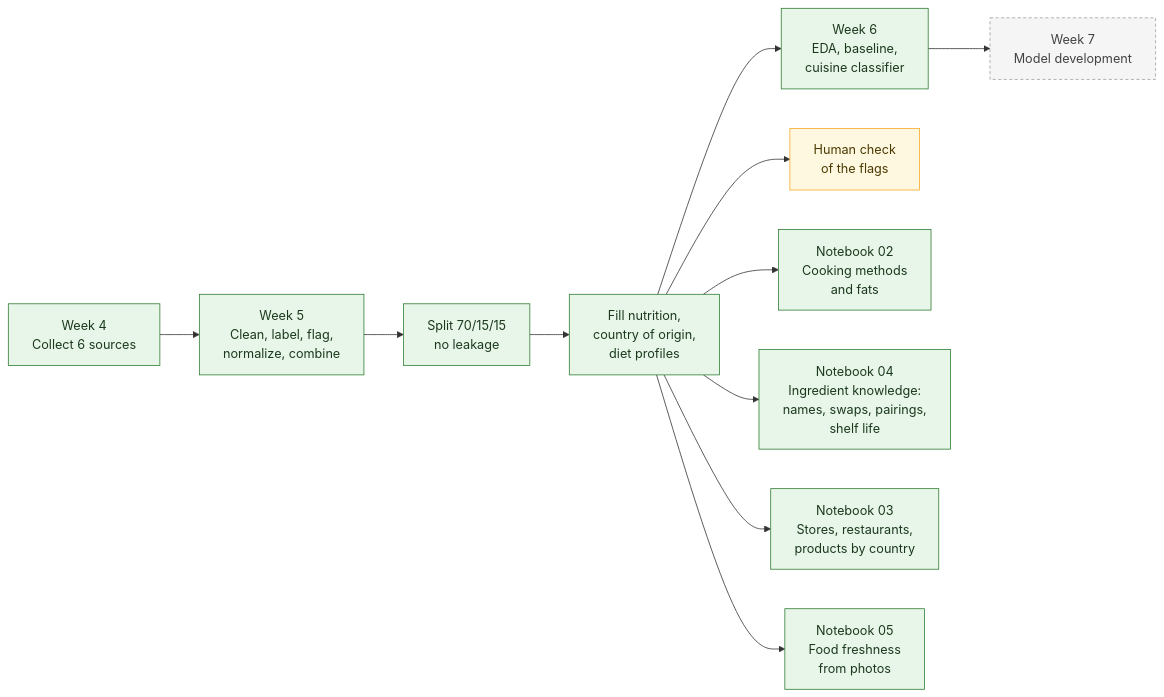
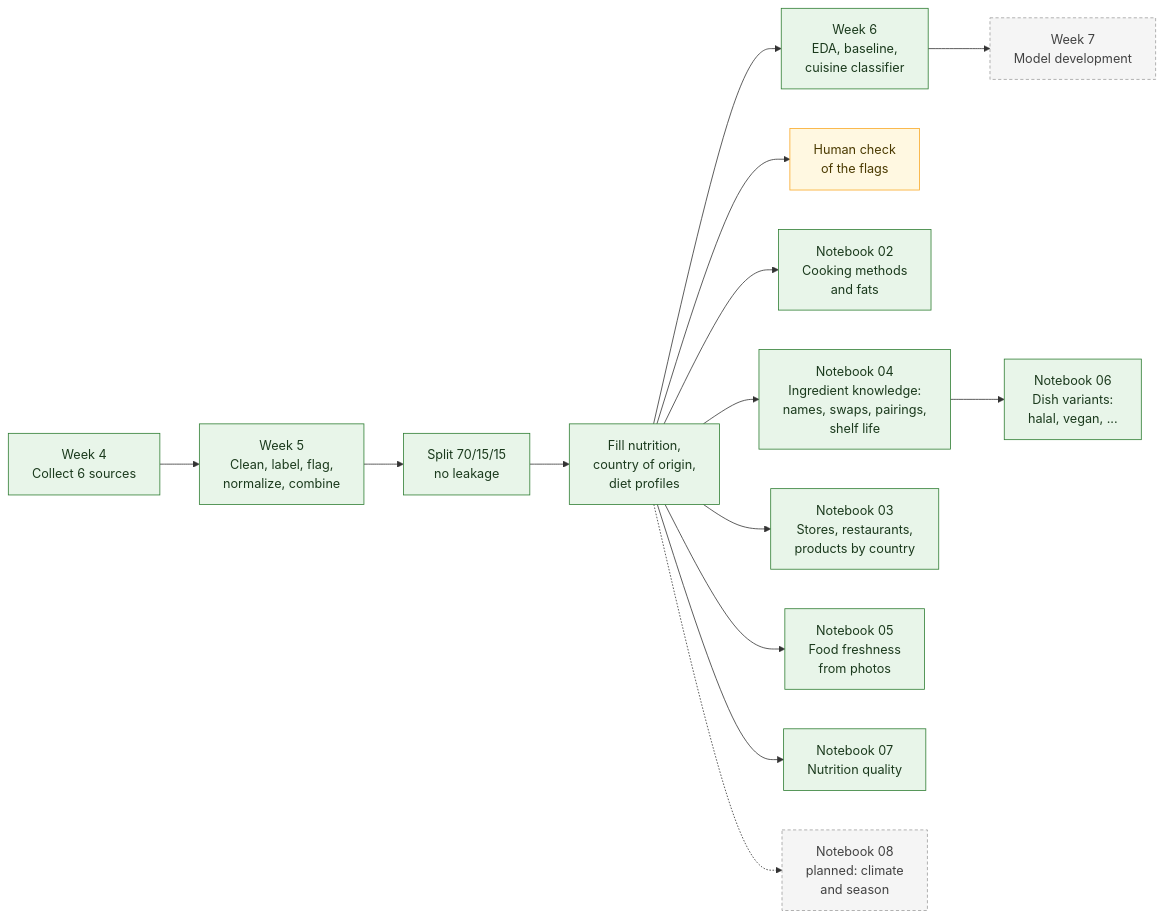
Before and after one commit to Chloe-Tu2/The-EverFlavor-AI: the second of 3 diagrams in README.md, drawn with Mermaid. The commit also changed other lines of this file and 17 other files, not shown here.

First line of the commit message:
Add notebooks 06-08: dish variants, nutrition quality, climate plan

````diff
--- a/README.md
+++ b/README.md
@@ -167,20 +170,23 @@
 ```mermaid
 flowchart LR
     A[Week 4<br/>Collect 6 sources] --> B[Week 5<br/>Clean, label, flag,<br/>normalize, combine]
     B --> C[Split 70/15/15<br/>no leakage]
     C --> G[Fill nutrition,<br/>country of origin,<br/>diet profiles]
     G --> D[Week 6<br/>EDA, baseline,<br/>cuisine classifier]
     D --> E[Week 7<br/>Model development]
     G --> H[Human check<br/>of the flags]
     G --> F[Notebook 02<br/>Cooking methods<br/>and fats]
     G --> K[Notebook 04<br/>Ingredient knowledge:<br/>names, swaps, pairings,<br/>shelf life]
     G --> S[Notebook 03<br/>Stores, restaurants,<br/>products by country]
     G --> V[Notebook 05<br/>Food freshness<br/>from photos]
+    K --> W[Notebook 06<br/>Dish variants:<br/>halal, vegan, ...]
+    G --> Q[Notebook 07<br/>Nutrition quality]
+    G -.-> X[Notebook 08<br/>planned: climate<br/>and season]
 
     classDef done fill:#E8F5E9,stroke:#2E7D32,color:#1B3A1D
     classDef people fill:#FFF8E1,stroke:#F9A825,color:#4A3A00
     classDef next fill:#F5F5F5,stroke:#9E9E9E,color:#424242,stroke-dasharray:4 3
-    class A,B,C,G,D,F,K,S,V done
+    class A,B,C,G,D,F,K,S,V,W,Q done
     class H people
-    class E next
+    class E,X next
 ```
````
